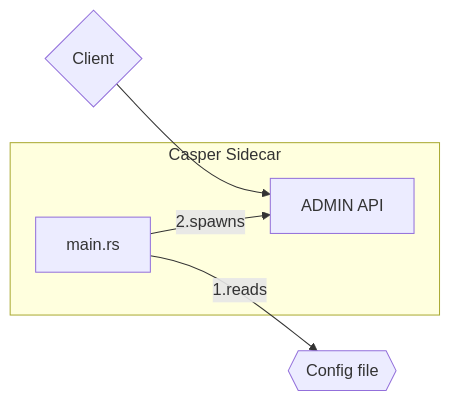
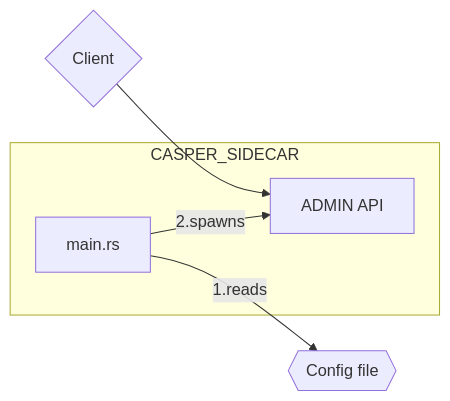
Before and after one commit to casper-network/casper-sidecar: the fourth of 5 diagrams in README.md, drawn with Mermaid. The commit also changed other lines of this file, not shown here.

Commit message:
Update diagram labels for consistency

````diff
--- a/README.md
+++ b/README.md
@@ -142,12 +145,12 @@
 ```mermaid
    graph LR;
    CLIENT{Client}
    CLIENT --> ADMIN_API
    CONFIG{{Config file}}
    MAIN --1.reads--> CONFIG
-   subgraph "Casper Sidecar"
+   subgraph CASPER_SIDECAR
       MAIN[main.rs]
       MAIN --2.spawns--> ADMIN_API
       ADMIN_API["ADMIN API"]
    end
 ```
````
